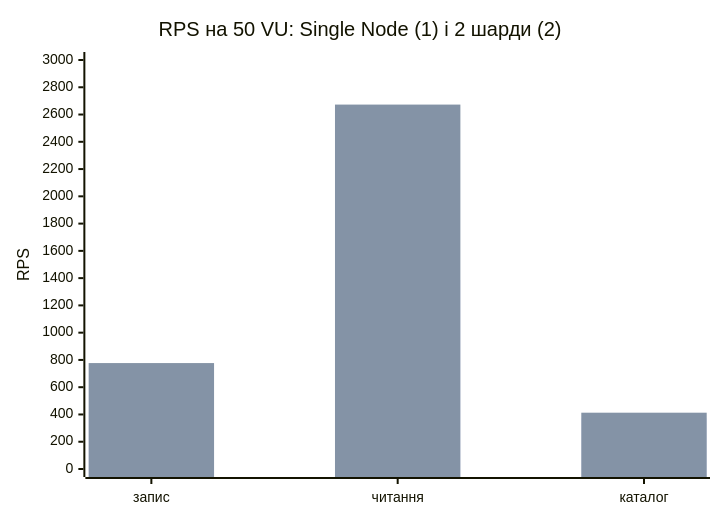
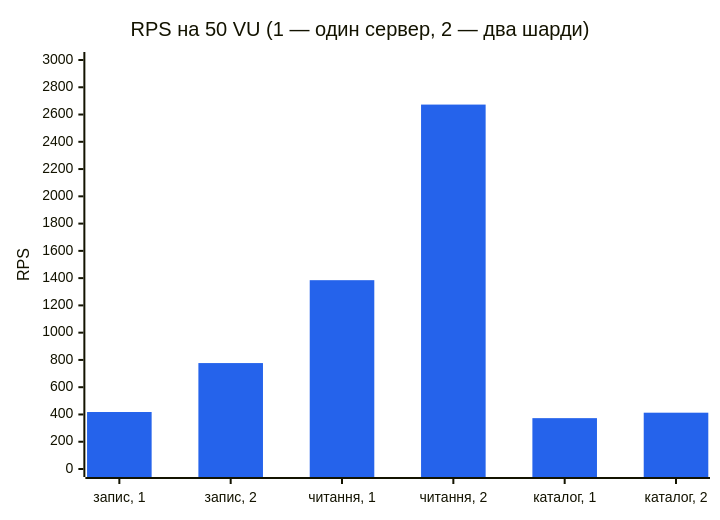
One commit to totalbyte/highload-system-practice changed diagram 26 of 30 in README.md. Above: the diagram before and after it, drawn with Mermaid. The commit also changed other lines of this file and 75 other files, not shown here.

````diff
--- a/README.md
+++ b/README.md
@@ -2080,8 +2084,8 @@
 ```mermaid
+%%{init: {"themeVariables": {"xyChart": {"plotColorPalette": "#2563eb"}}}}%%
 xychart-beta
-    title "RPS на 50 VU: Single Node (1) і 2 шарди (2)"
-    x-axis ["запис", "читання", "каталог"]
+    title "RPS на 50 VU (1 — один сервер, 2 — два шарди)"
+    x-axis ["запис, 1", "запис, 2", "читання, 1", "читання, 2", "каталог, 1", "каталог, 2"]
     y-axis "RPS" 0 --> 3000
-    bar [418, 1385, 373]
-    bar [777, 2673, 413]
+    bar [418, 777, 1385, 2673, 373, 413]
 ```
````
